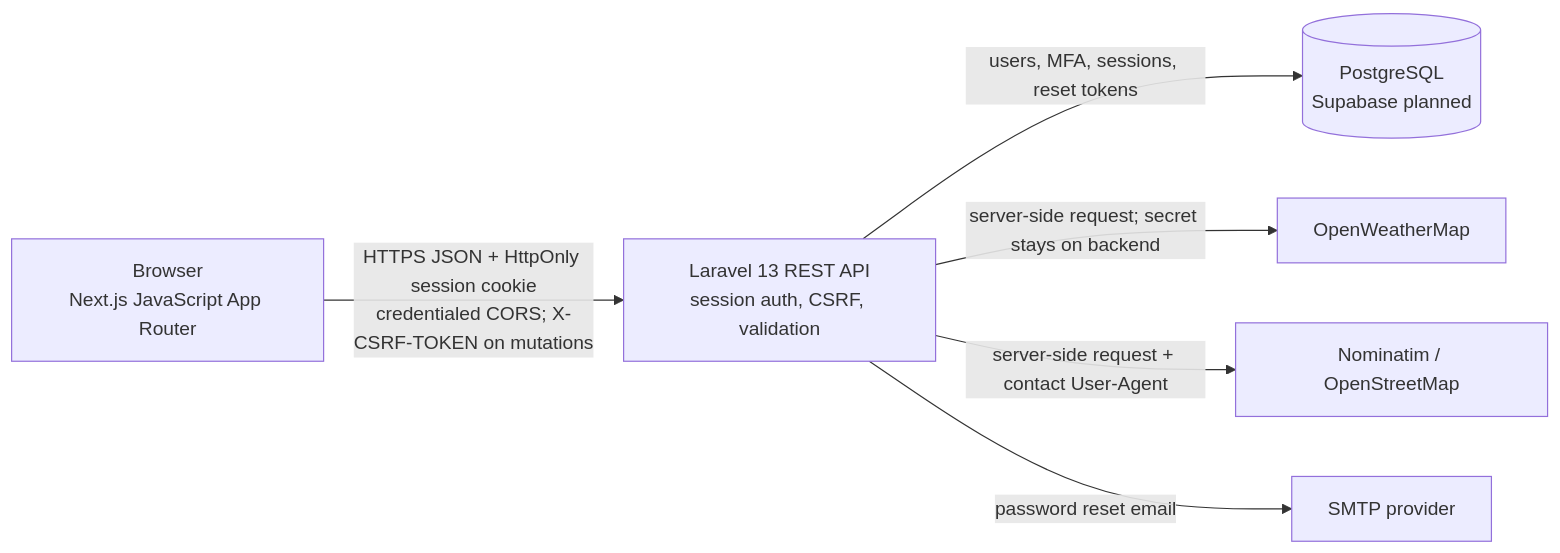
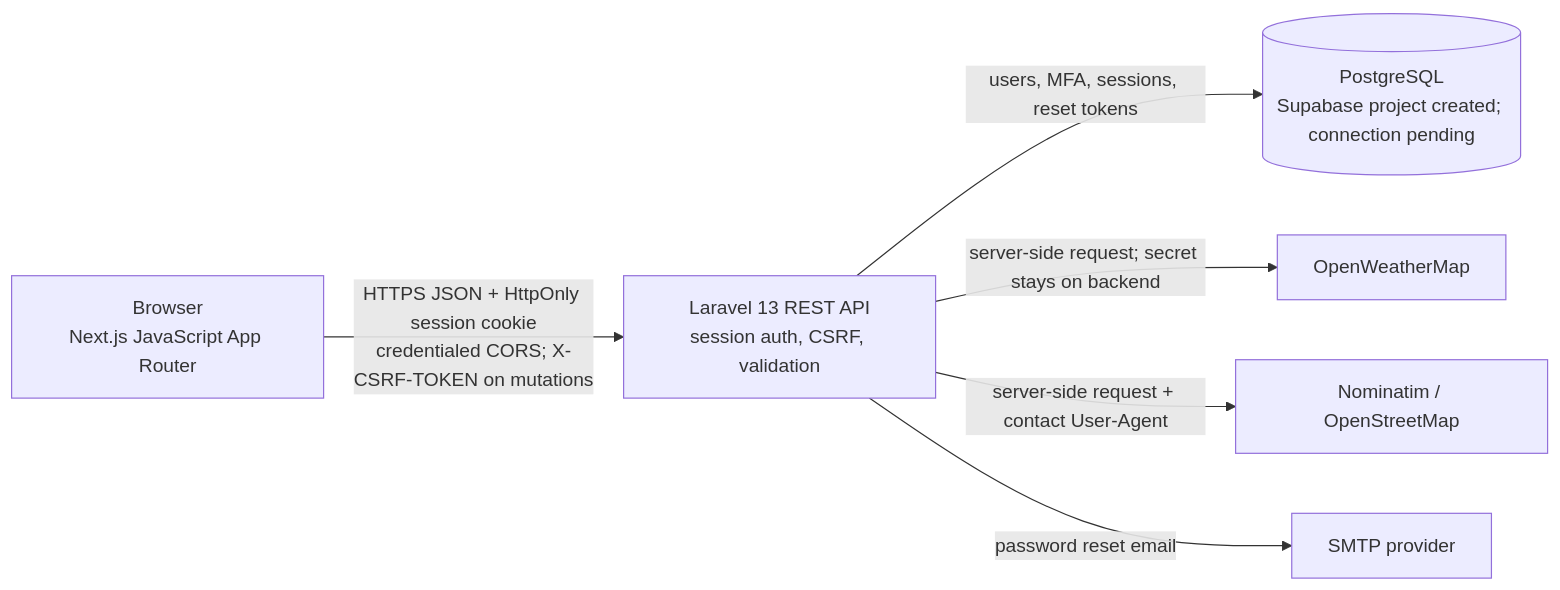
Before and after one commit to Tep0t/system-integration-remediation: the diagram in README.md, drawn with Mermaid. The commit also changed other lines of this file and 9 other files, not shown here.

````diff
--- a/README.md
+++ b/README.md
@@ -20,15 +20,15 @@
 ```mermaid
 flowchart LR
     Browser["Browser<br/>Next.js JavaScript App Router"]
     API["Laravel 13 REST API<br/>session auth, CSRF, validation"]
-    DB[("PostgreSQL<br/>Supabase planned")]
+    DB[("PostgreSQL<br/>Supabase project created; connection pending")]
     Weather["OpenWeatherMap"]
     Places["Nominatim / OpenStreetMap"]
     Mail["SMTP provider"]
 
     Browser -->|"HTTPS JSON + HttpOnly session cookie<br/>credentialed CORS; X-CSRF-TOKEN on mutations"| API
     API -->|"users, MFA, sessions, reset tokens"| DB
     API -->|"server-side request; secret stays on backend"| Weather
     API -->|"server-side request + contact User-Agent"| Places
     API -->|"password reset email"| Mail
 ```
````
